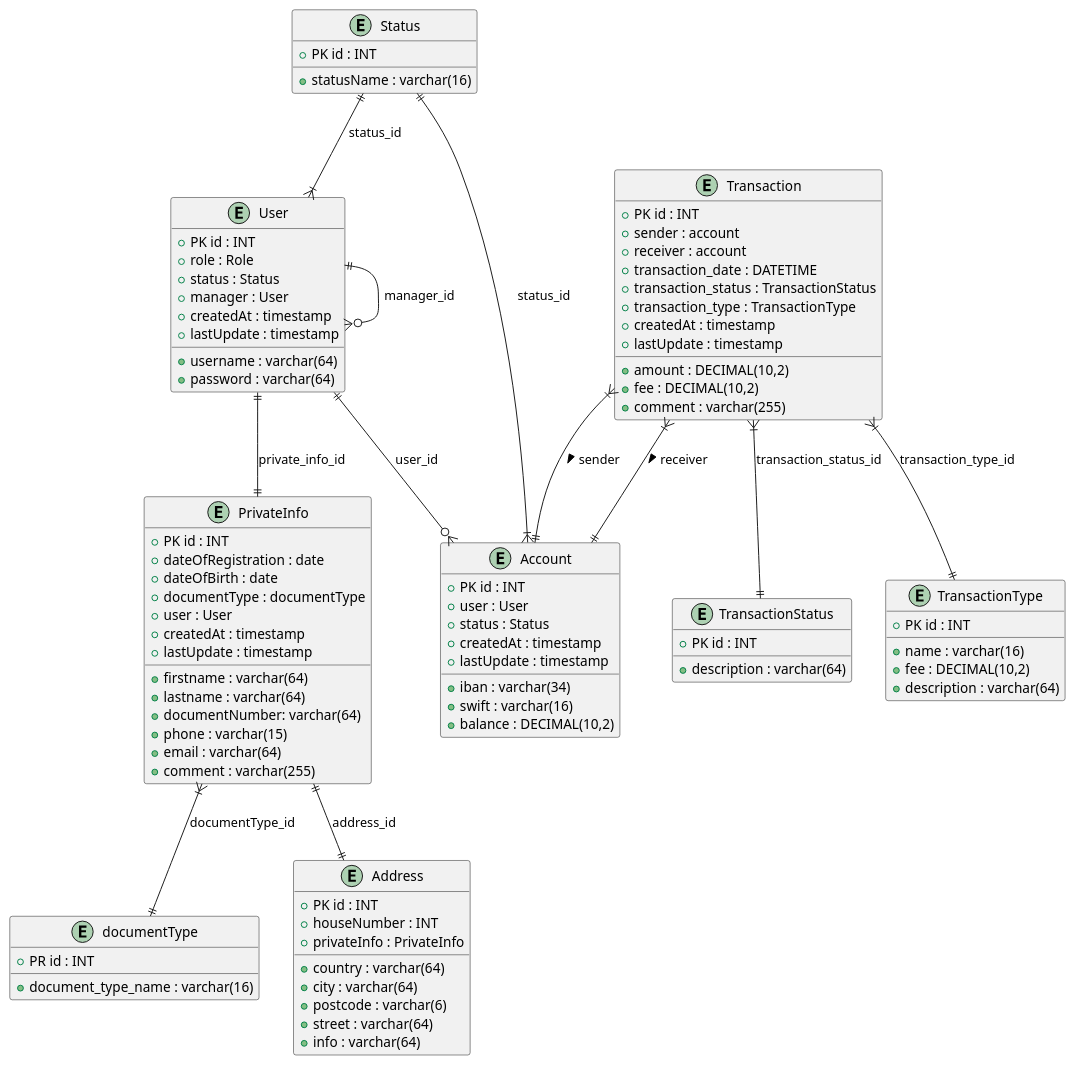
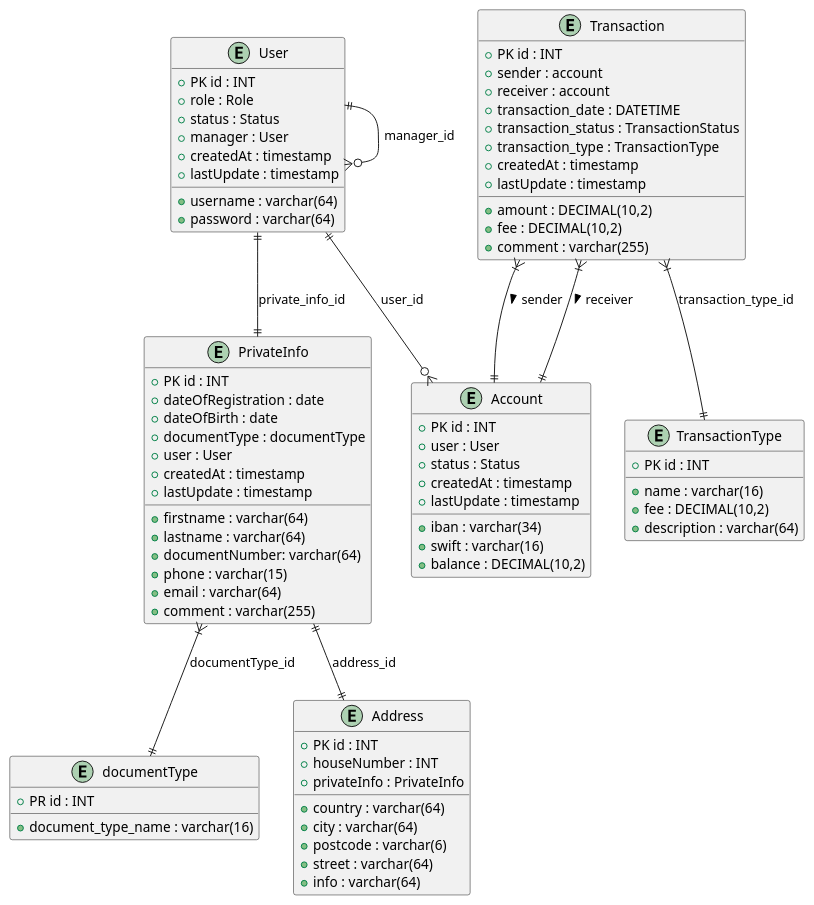
Before and after one commit to jolivuk/ProjectBankSystem: the diagram in src/Diagram.puml, drawn with PlantUML. The commit also changed 15 other files, not shown here.

Commit message:
Add blockUser, unblockUser, unblockAccount and tests for these endpoints

```diff
--- a/src/Diagram.puml
+++ b/src/Diagram.puml
@@ -1,101 +1,89 @@
 @startuml
 
 entity User {
    + PK id : INT
    + username : varchar(64)
    + password : varchar(64)
    + role : Role
    + status : Status
    + manager : User
    + createdAt : timestamp
    + lastUpdate : timestamp
 }
 
 entity PrivateInfo {
    + PK id : INT
    + firstname : varchar(64)
    + lastname : varchar(64)
    + dateOfRegistration : date
    + dateOfBirth : date
    + documentType : documentType
    + documentNumber: varchar(64)
    + phone : varchar(15)
    + email : varchar(64)
    + comment : varchar(255)
    + user : User
    + createdAt : timestamp
    + lastUpdate : timestamp
 }
 
 entity documentType{
     + PR id : INT
     + document_type_name : varchar(16)
 }
 
 entity Address {
    + PK id : INT
    + country : varchar(64)
    + city : varchar(64)
    + postcode : varchar(6)
    + street : varchar(64)
    + houseNumber : INT
    + privateInfo : PrivateInfo
    + info : varchar(64)
 }
 
 entity Account {
    + PK id : INT
    + user : User
    + iban : varchar(34)
    + swift : varchar(16)
    + status : Status
    + balance : DECIMAL(10,2)
    + createdAt : timestamp
    + lastUpdate : timestamp
 }
-entity Status{
-    + PK id : INT
-    + statusName : varchar(16)
-}
+
 
 entity Transaction {
    + PK id : INT
    + sender : account
    + receiver : account
    + amount : DECIMAL(10,2)
    + fee : DECIMAL(10,2)
    + comment : varchar(255)
    + transaction_date : DATETIME
    + transaction_status : TransactionStatus
    + transaction_type : TransactionType
    + createdAt : timestamp
    + lastUpdate : timestamp
-}
-
-entity TransactionStatus {
-   + PK id : INT
-   + description : varchar(64)
 }
 
 entity TransactionType {
    + PK id : INT
    + name : varchar(16)
    + fee : DECIMAL(10,2)
    + description : varchar(64)
 }
 
 User ||--|| PrivateInfo : private_info_id
 User ||--o{ User : manager_id
 User ||--o{ Account : user_id
 PrivateInfo ||--|| Address : address_id
 PrivateInfo }|--|| documentType : documentType_id
 
 Transaction }|--|| Account : sender >
 Transaction }|--|| Account : receiver >
-Transaction }|--|| TransactionStatus : transaction_status_id
 Transaction }|--|| TransactionType : transaction_type_id
 
-Status ||--|{ Account : status_id
-Status ||--|{ User : status_id
-
 @enduml
```
